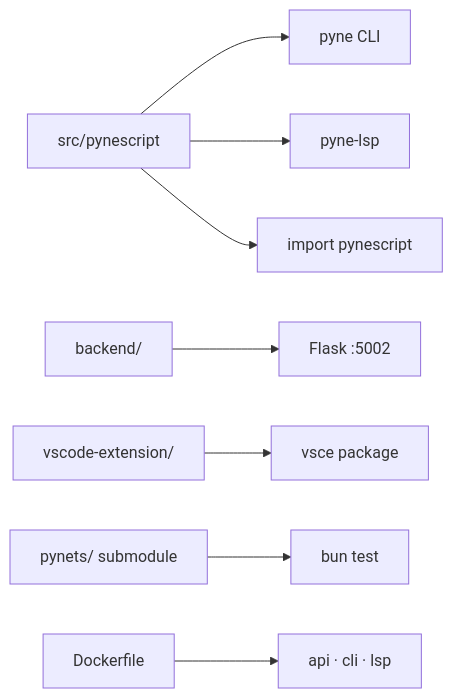
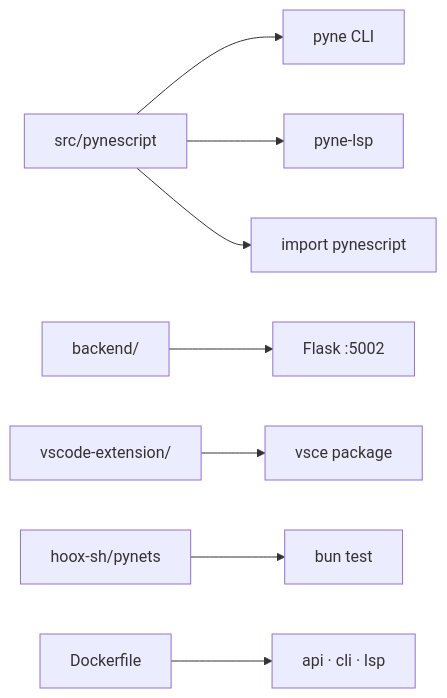
Before and after one commit to hoox-sh/pyne: the diagram in docs/pyne/devops/local-dev.mdx, drawn with Mermaid. The commit also changed other lines of this file and 37 other files, not shown here.

````diff
--- a/docs/pyne/devops/local-dev.mdx
+++ b/docs/pyne/devops/local-dev.mdx
@@ -35,10 +35,10 @@
 ```mermaid
 flowchart LR
   SRC[src/pynescript] --> CLI[pyne CLI]
   SRC --> LSP[pyne-lsp]
   SRC --> LIB[import pynescript]
   BE[backend/] --> API[Flask :5002]
   VSC[vscode-extension/] --> VSIX[vsce package]
-  TS[pynets/ submodule] --> BUN[bun test]
+  TS[hoox-sh/pynets] --> BUN[bun test]
   DOCK[Dockerfile] --> IMG[api · cli · lsp]
 ```
````
